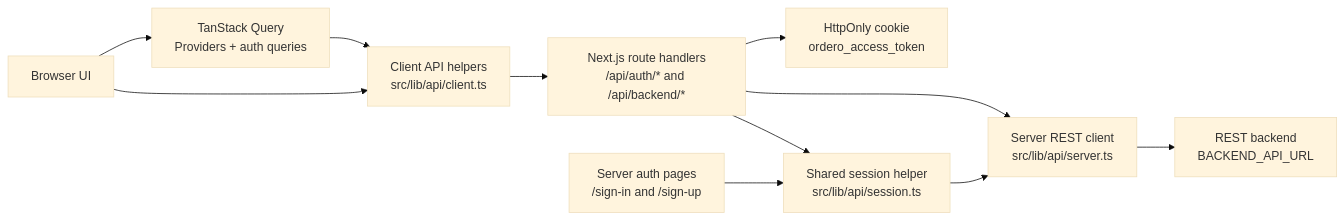
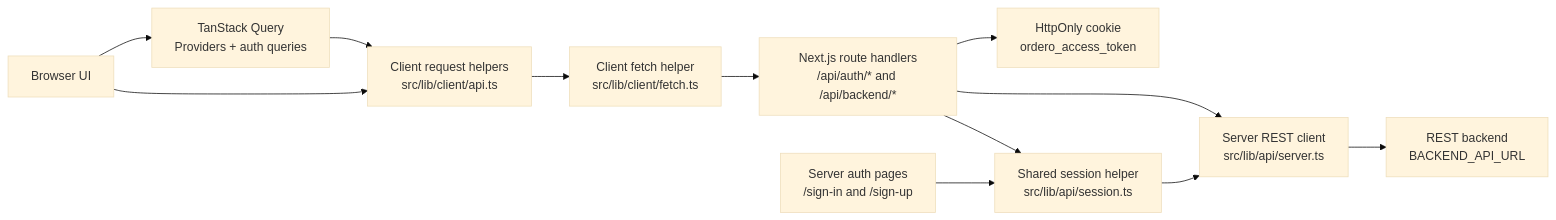
One commit to ordero-biz/monorepo changed the first of 7 diagrams in docs/http-auth.md. Above: the diagram before and after it, drawn with Mermaid (base theme). The commit also changed other lines of this file and 3 other files, not shown here.

````diff
--- a/docs/http-auth.md
+++ b/docs/http-auth.md
@@ -11,23 +11,25 @@
 ```mermaid
 flowchart LR
   browser["Browser UI"]
   authPage["Server auth pages<br/>/sign-in and /sign-up"]
-  clientApi["Client API helpers<br/>src/lib/api/client.ts"]
+  clientApi["Client request helpers<br/>src/lib/client/api.ts"]
+  clientFetch["Client fetch helper<br/>src/lib/client/fetch.ts"]
   query["TanStack Query<br/>Providers + auth queries"]
   nextApi["Next.js route handlers<br/>/api/auth/* and /api/backend/*"]
   cookie["HttpOnly cookie<br/>ordero_access_token"]
   session["Shared session helper<br/>src/lib/api/session.ts"]
   serverApi["Server REST client<br/>src/lib/api/server.ts"]
   backend["REST backend<br/>BACKEND_API_URL"]
 
   authPage --> session
   browser --> clientApi
   browser --> query
   query --> clientApi
-  clientApi --> nextApi
+  clientApi --> clientFetch
+  clientFetch --> nextApi
   nextApi --> cookie
   nextApi --> session
   session --> serverApi
   nextApi --> serverApi
   serverApi --> backend
 ```
````
